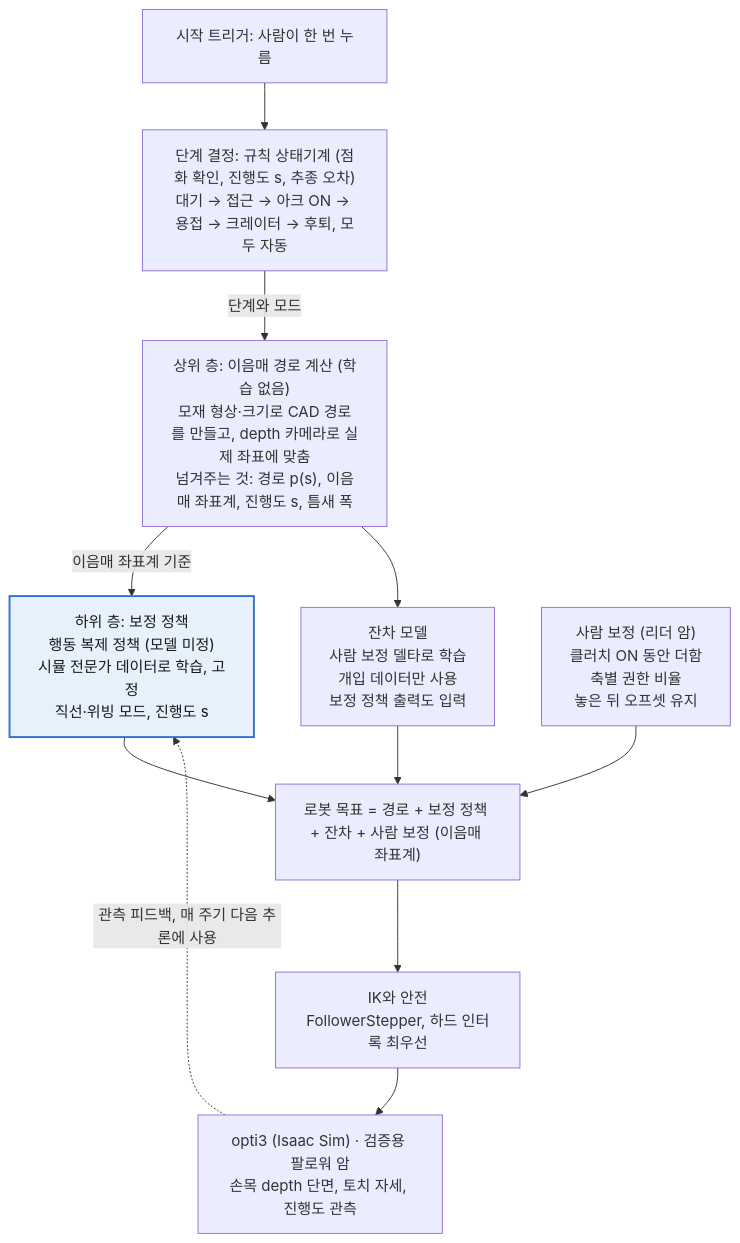
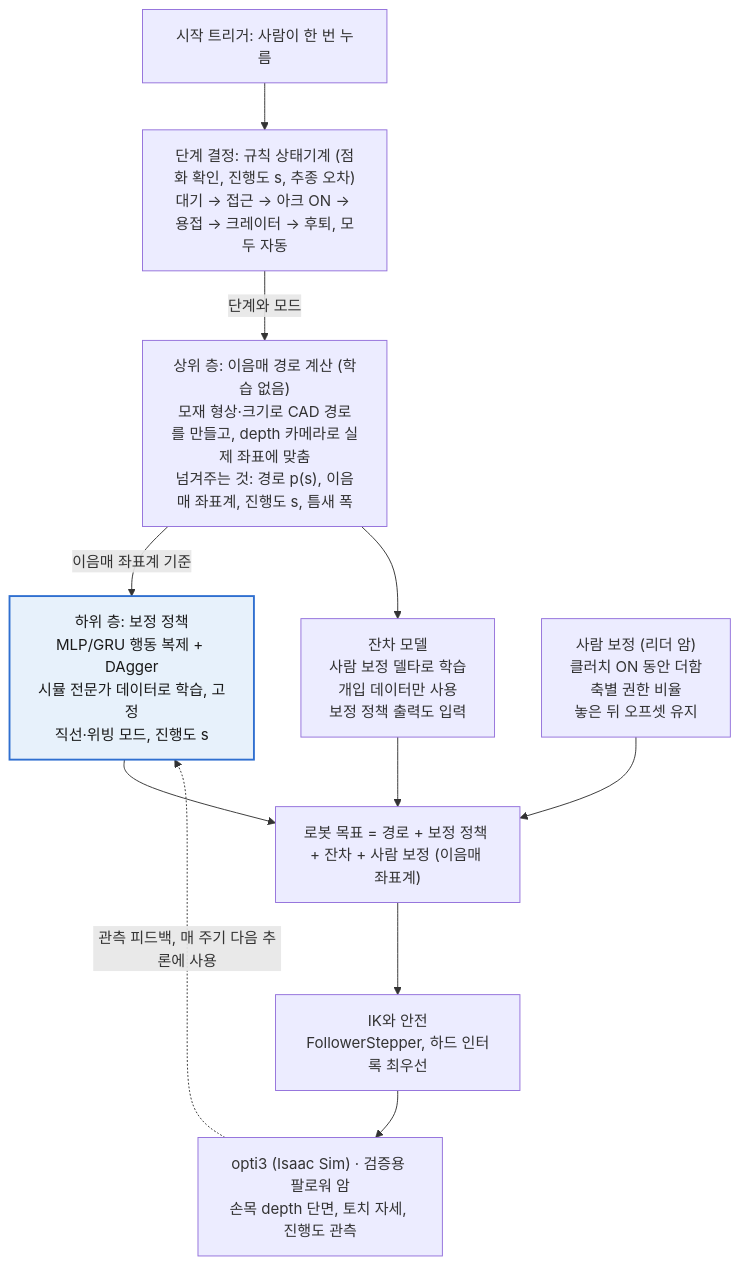
Before and after one commit to seongbean/Welding-Robot: the diagram in README.md, drawn with Mermaid. The commit also changed other lines of this file and 2 other files, not shown here.

````diff
--- a/README.md
+++ b/README.md
@@ -11,16 +11,16 @@
 ```mermaid
 flowchart TD
     trigger["시작 트리거: 사람이 한 번 누름"] --> phase["단계 결정: 규칙 상태기계 (점화 확인, 진행도 s, 추종 오차)<br/>대기 → 접근 → 아크 ON → 용접 → 크레이터 → 후퇴, 모두 자동"]
     phase -->|단계와 모드| upper["상위 층: 이음매 경로 계산 (학습 없음)<br/>모재 형상·크기로 CAD 경로를 만들고, depth 카메라로 실제 좌표에 맞춤<br/>넘겨주는 것: 경로 p(s), 이음매 좌표계, 진행도 s, 틈새 폭"]
-    upper -->|이음매 좌표계 기준| base["하위 층: 보정 정책<br/>행동 복제 정책 (모델 미정)<br/>시뮬 전문가 데이터로 학습, 고정<br/>직선·위빙 모드, 진행도 s"]
+    upper -->|이음매 좌표계 기준| base["하위 층: 보정 정책<br/>MLP/GRU 행동 복제 + DAgger<br/>시뮬 전문가 데이터로 학습, 고정<br/>직선·위빙 모드, 진행도 s"]
     upper --> residual["잔차 모델<br/>사람 보정 델타로 학습<br/>개입 데이터만 사용<br/>보정 정책 출력도 입력"]
     human["사람 보정 (리더 암)<br/>클러치 ON 동안 더함<br/>축별 권한 비율<br/>놓은 뒤 오프셋 유지"]
     base --> sum["로봇 목표 = 경로 + 보정 정책 + 잔차 + 사람 보정 (이음매 좌표계)"]
     residual --> sum
     human --> sum
     sum --> ik["IK와 안전<br/>FollowerStepper, 하드 인터록 최우선"]
     ik --> robot["opti3 (Isaac Sim) · 검증용 팔로워 암<br/>손목 depth 단면, 토치 자세, 진행도 관측"]
     robot -. 관측 피드백, 매 주기 다음 추론에 사용 .-> base
     classDef learned fill:#e7f1fb,stroke:#2f6fd0,stroke-width:2px,color:#1a1a1a
     class base learned
 ```
````
